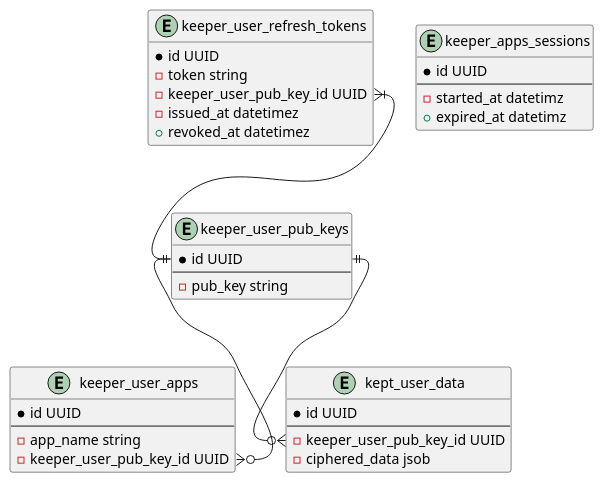
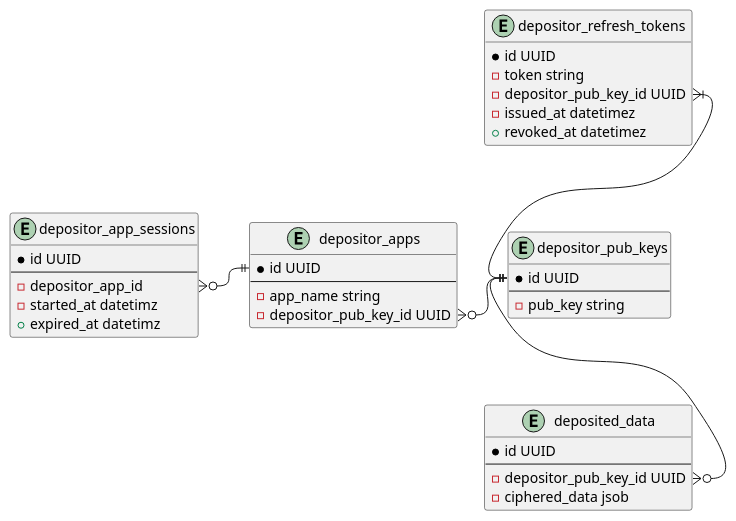
The diagram in docs/diagrams/entities.plantuml (oleshko-g/gophkeeper), drawn with PlantUML before and after one commit.

Commit message:
renamed entities

```diff
--- a/docs/diagrams/entities.plantuml
+++ b/docs/diagrams/entities.plantuml
@@ -1,41 +1,43 @@
 @startuml entities
   hide empty members
-  entity keeper_user_pub_keys {
+  entity depositor_pub_keys {
     * id UUID
     --
     - pub_key string
   } 
-  entity keeper_user_apps {
+  entity depositor_apps {
     * id UUID
     --
     - app_name string
-    - keeper_user_pub_key_id UUID
+    - depositor_pub_key_id UUID
   }
 
-  entity keeper_user_refresh_tokens {
+  entity depositor_refresh_tokens {
     * id UUID
     - token string
-    - keeper_user_pub_key_id UUID
+    - depositor_pub_key_id UUID
     - issued_at datetimez
     + revoked_at datetimez
   }
 
-  entity kept_user_data {
+  entity deposited_data {
     * id UUID
     --
-    - keeper_user_pub_key_id UUID
+    - depositor_pub_key_id UUID
     - ciphered_data jsob
   }
 
-  entity keeper_apps_sessions {
+  entity depositor_app_sessions {
     * id UUID
     --
+    - depositor_app_id
     - started_at datetimz
     + expired_at datetimz
   }
 
-  keeper_user_pub_keys::id ||--o{ kept_user_data::keeper_user_pub_key_id
-  keeper_user_pub_keys::id ||--o{ keeper_user_apps::keeper_user_pub_key_id
-  keeper_user_pub_keys::id ||-up-|{ keeper_user_refresh_tokens::keeper_user_pub_key_id
+  depositor_pub_keys::id ||--o{ deposited_data::depositor_pub_key_id
+  depositor_pub_keys::id ||-left-o{ depositor_apps::depositor_pub_key_id
+  depositor_pub_keys::id ||-up-|{ depositor_refresh_tokens::depositor_pub_key_id
+  depositor_apps::id ||-left-o{ depositor_app_sessions::depositor_app_id
 
 @enduml
```
